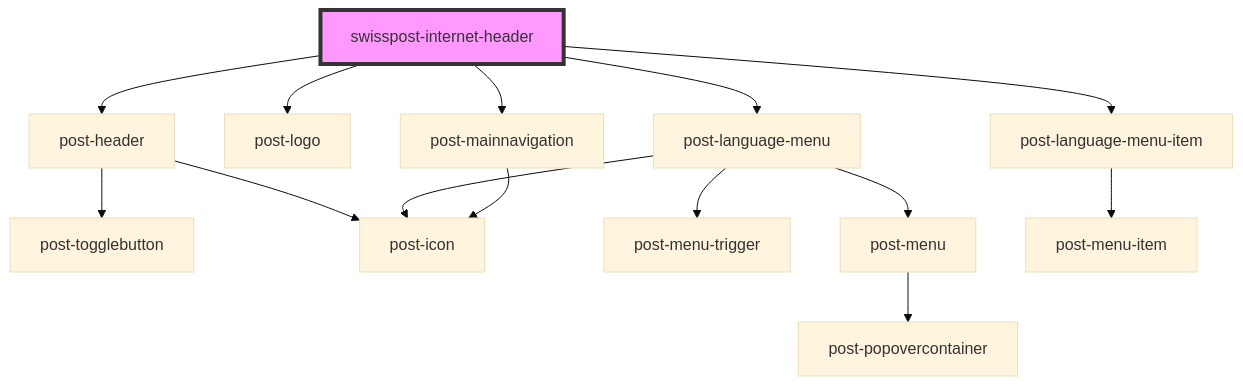
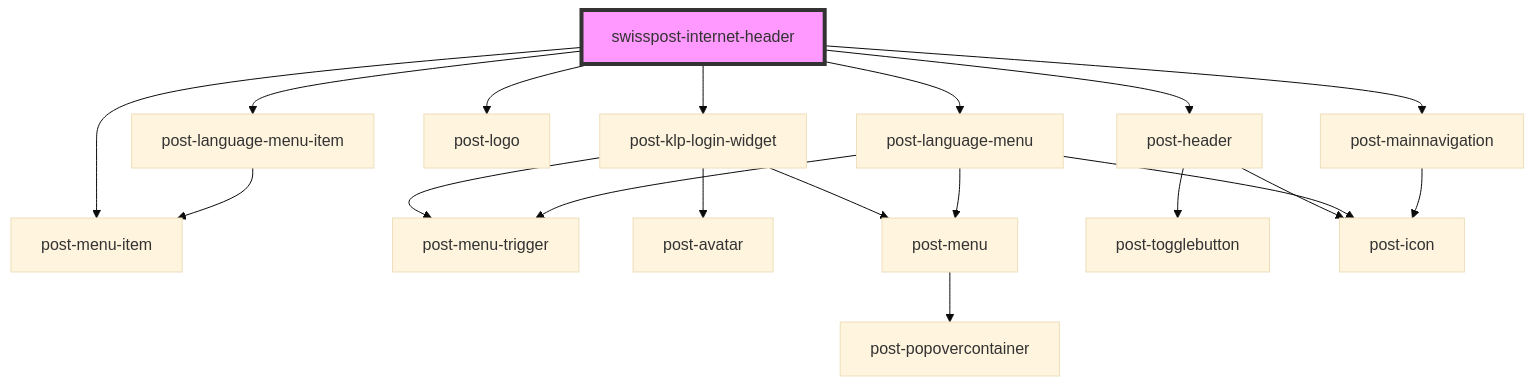
Before and after one commit to swisspost/design-system: the diagram in packages/internet-header/src/components/post-internet-header/readme.md, drawn with Mermaid (base theme). The commit also changed other lines of this file and 8 other files, not shown here.

First line of the commit message:
feat(internet-header): let the login widget render the user menu

````diff
--- a/packages/internet-header/src/components/post-internet-header/readme.md
+++ b/packages/internet-header/src/components/post-internet-header/readme.md
@@ -44,17 +46,22 @@
 ```mermaid
 graph TD;
+  swisspost-internet-header --> post-menu-item
+  swisspost-internet-header --> post-klp-login-widget
   swisspost-internet-header --> post-header
   swisspost-internet-header --> post-logo
   swisspost-internet-header --> post-language-menu
   swisspost-internet-header --> post-language-menu-item
   swisspost-internet-header --> post-mainnavigation
+  post-klp-login-widget --> post-menu-trigger
+  post-klp-login-widget --> post-avatar
+  post-klp-login-widget --> post-menu
+  post-menu --> post-popovercontainer
   post-header --> post-togglebutton
   post-header --> post-icon
   post-language-menu --> post-menu-trigger
   post-language-menu --> post-icon
   post-language-menu --> post-menu
-  post-menu --> post-popovercontainer
   post-language-menu-item --> post-menu-item
   post-mainnavigation --> post-icon
   style swisspost-internet-header fill:#f9f,stroke:#333,stroke-width:4px
 ```
````
